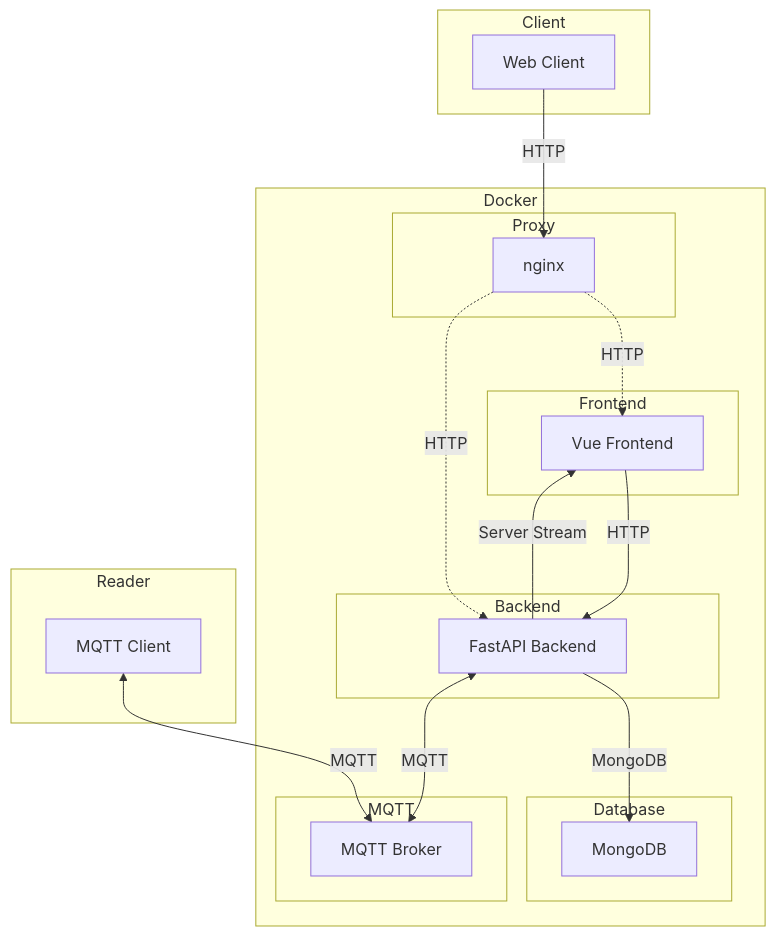
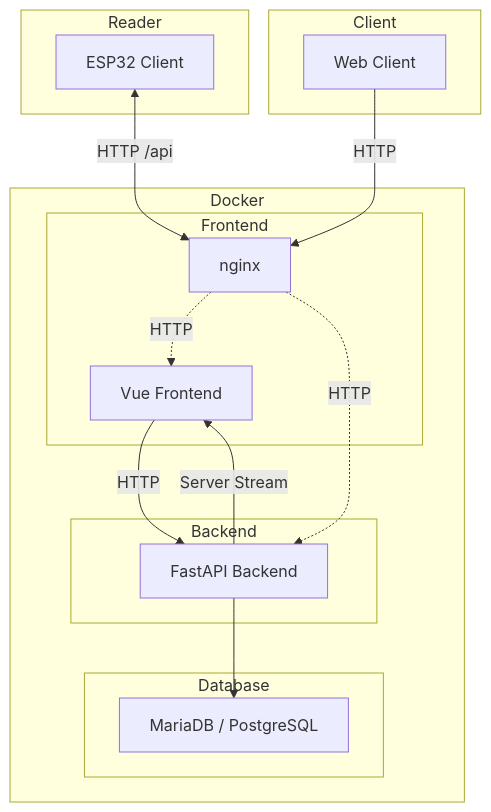
One commit to wims-org/wims changed the first of 2 diagrams in README.md. Above: the diagram before and after it, drawn with Mermaid. The commit also changed other lines of this file, not shown here.

````diff
--- a/README.md
+++ b/README.md
@@ -135,43 +154,35 @@
 ```mermaid
 graph TD
     subgraph Docker
         subgraph Frontend
             A[Vue Frontend]
+            E[nginx]
         end
 
         subgraph Backend
             B[FastAPI Backend]
         end
 
         subgraph Database
-            C[MongoDB]
-        end
-
-        subgraph MQTT
-            D[MQTT Broker]
-        end
-
-        subgraph Proxy
-            E[nginx]
+            C[MariaDB / PostgreSQL]
         end
     end
 
 
     subgraph Reader
-        M[MQTT Client]
+        M[ESP32 Client]
     end
 
     subgraph Client
         N[Web Client]
     end
 
 
     A --> |HTTP| B
-    B --> |MongoDB| C
-    B <--> |MQTT| D
-    M <--> |MQTT| D
+    B --> C
+    M <--> |HTTP /api| E
     N --> |HTTP| E
     E -.-> |HTTP| A
     E -.-> |HTTP| B
     B --> |Server Stream| A
 ```
````
